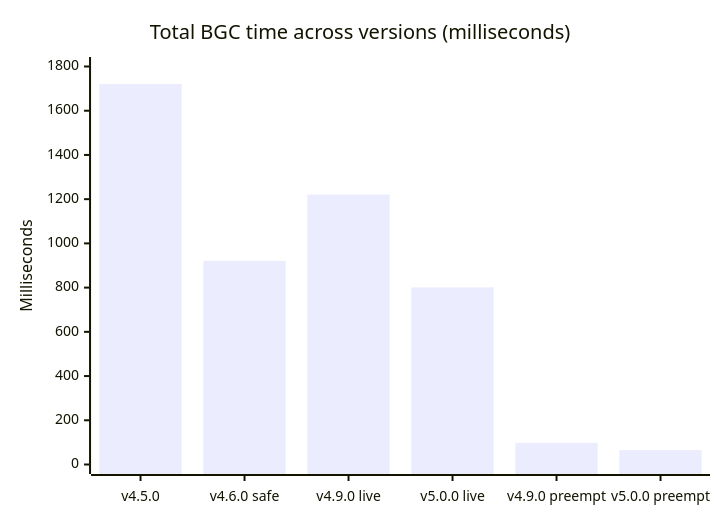
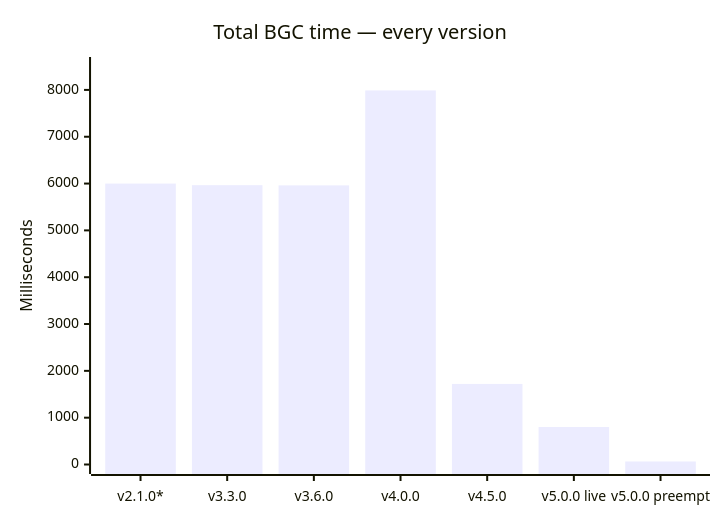
One commit to pizzarobloxh/bgc-bot changed the first of 11 diagrams in operating_documents.md. Above: the diagram before and after it, drawn with Mermaid. The commit also changed other lines of this file, not shown here.

````diff
--- a/operating_documents.md
+++ b/operating_documents.md
@@ -99,7 +37,7 @@
 ```mermaid
 xychart-beta
-    title "Total BGC time across versions (milliseconds)"
-    x-axis ["v4.5.0", "v4.6.0 safe", "v4.9.0 live", "v5.0.0 live", "v4.9.0 preempt", "v5.0.0 preempt"]
-    y-axis "Milliseconds" 0 --> 1800
-    bar [1721, 921, 1221, 801, 98, 65]
+    title "Total BGC time — every version"
+    x-axis ["v2.1.0*", "v3.3.0", "v3.6.0", "v4.0.0", "v4.5.0", "v5.0.0 live", "v5.0.0 preempt"]
+    y-axis "Milliseconds" 0 --> 8500
+    bar [6000, 5965, 5961, 7989, 1721, 801, 65]
 ```
````
